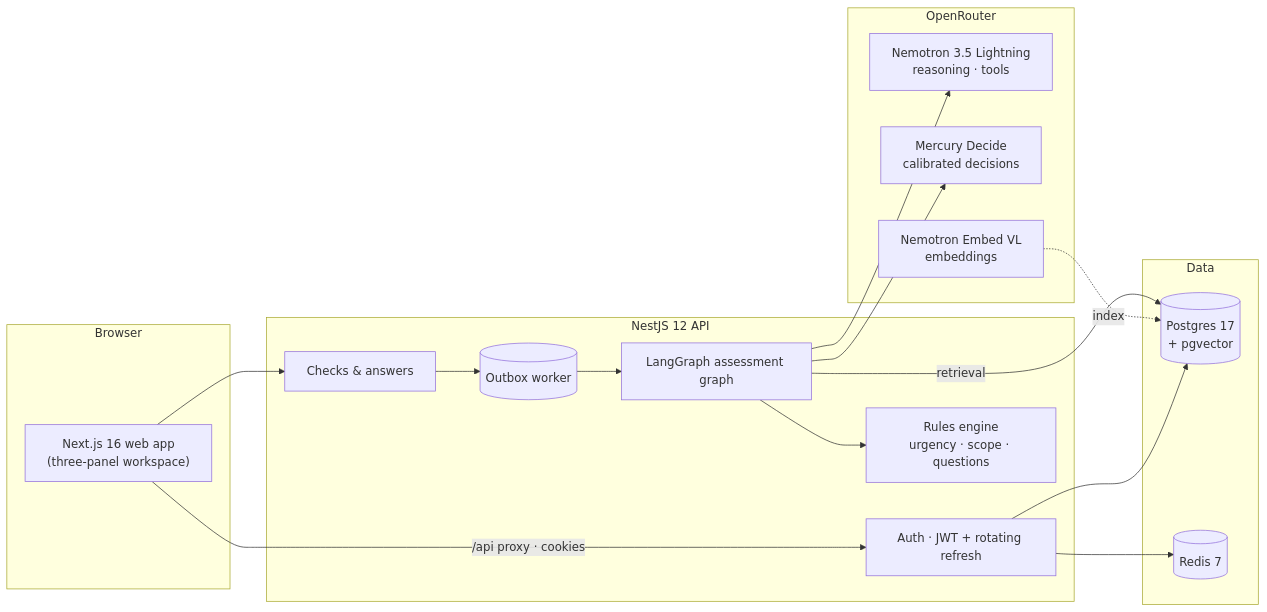
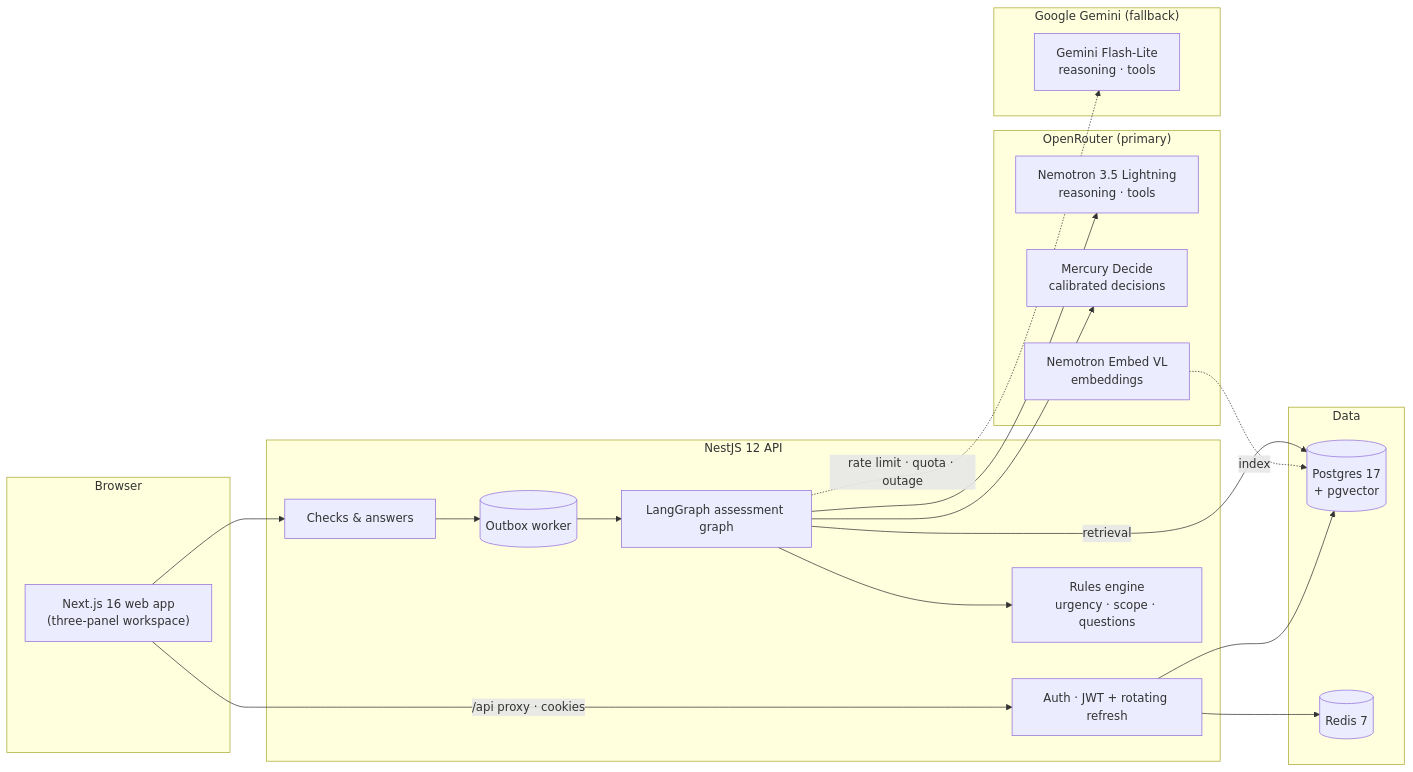
One commit to Spydero/nora changed the first of 2 diagrams in README.md. Above: the diagram before and after it, drawn with Mermaid. The commit also changed other lines of this file and 48 other files, not shown here.

First line of the commit message:
Gemini fallback, grounded memory, follow-ups and operator insights

````diff
--- a/README.md
+++ b/README.md
@@ -95,32 +112,36 @@
 ```mermaid
 flowchart LR
   subgraph Browser
     W["Next.js 16 web app<br/>(three-panel workspace)"]
   end
   subgraph API["NestJS 12 API"]
     A[Auth · JWT + rotating refresh]
     C[Checks & answers]
     Q[(Outbox worker)]
     G[LangGraph assessment graph]
     R[Rules engine<br/>urgency · scope · questions]
   end
   subgraph Data
     P[(Postgres 17<br/>+ pgvector)]
     RD[(Redis 7)]
   end
-  subgraph OpenRouter
+  subgraph OpenRouter["OpenRouter (primary)"]
     N[Nemotron 3.5 Lightning<br/>reasoning · tools]
     D[Mercury Decide<br/>calibrated decisions]
     E[Nemotron Embed VL<br/>embeddings]
+  end
+  subgraph Gemini["Google Gemini (fallback)"]
+    GM[Gemini Flash-Lite<br/>reasoning · tools]
   end
   W -- "/api proxy · cookies" --> A
   W --> C
   C --> Q --> G
   G --> R
   G --> N
   G --> D
+  G -. "rate limit · quota · outage" .-> GM
   G -- retrieval --> P
   E -. index .-> P
   A --> P
   A --> RD
 ```
````
